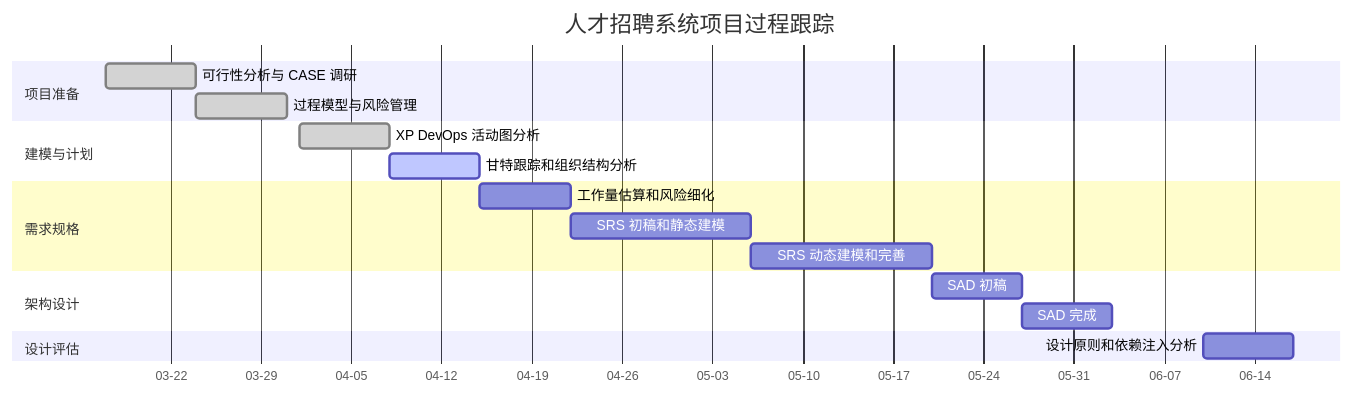
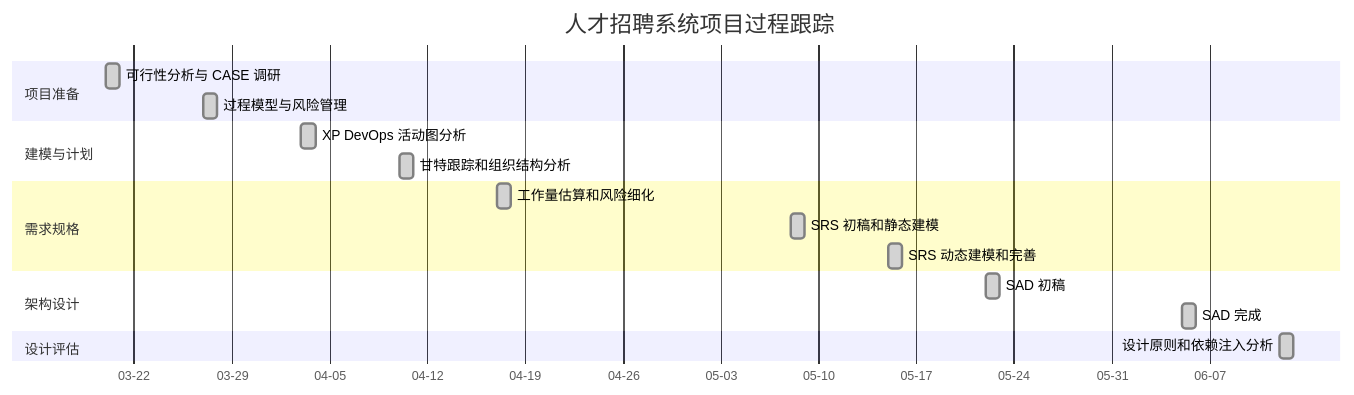
The diagram in 软件工程实验成果/实验五_原型与需求分析/项目跟踪甘特图.md (wang0-sudo/ren), drawn with Mermaid before and after one commit. The commit also changed other lines of this file and 20 other files, not shown here.

````diff
--- a/软件工程实验成果/实验五_原型与需求分析/项目跟踪甘特图.md
+++ b/软件工程实验成果/实验五_原型与需求分析/项目跟踪甘特图.md
@@ -16,26 +16,26 @@
 ```mermaid
 gantt
     title 人才招聘系统项目过程跟踪
     dateFormat  YYYY-MM-DD
     axisFormat  %m-%d
 
     section 项目准备
-    可行性分析与 CASE 调研      :done,    p1, 2026-03-17, 7d
-    过程模型与风险管理          :done,    p2, 2026-03-24, 7d
+    可行性分析与 CASE 调研      :done,    p1, 2026-03-20, 1d
+    过程模型与风险管理          :done,    p2, 2026-03-27, 1d
 
     section 建模与计划
-    XP DevOps 活动图分析        :done,    p3, 2026-04-01, 7d
-    甘特跟踪和组织结构分析       :active,  p4, 2026-04-08, 7d
+    XP DevOps 活动图分析        :done,    p3, 2026-04-03, 1d
+    甘特跟踪和组织结构分析       :done,    p4, 2026-04-10, 1d
 
     section 需求规格
-    工作量估算和风险细化         :         p5, 2026-04-15, 7d
-    SRS 初稿和静态建模           :         p6, 2026-04-22, 14d
-    SRS 动态建模和完善           :         p7, 2026-05-06, 14d
+    工作量估算和风险细化         :done,    p5, 2026-04-17, 1d
+    SRS 初稿和静态建模           :done,    p6, 2026-05-08, 1d
+    SRS 动态建模和完善           :done,    p7, 2026-05-15, 1d
 
     section 架构设计
-    SAD 初稿                    :         p8, 2026-05-20, 7d
-    SAD 完成                    :         p9, 2026-05-27, 7d
+    SAD 初稿                    :done,    p8, 2026-05-22, 1d
+    SAD 完成                    :done,    p9, 2026-06-05, 1d
 
     section 设计评估
-    设计原则和依赖注入分析       :         p10, 2026-06-10, 7d
+    设计原则和依赖注入分析       :done,    p10, 2026-06-12, 1d
 ```
````
